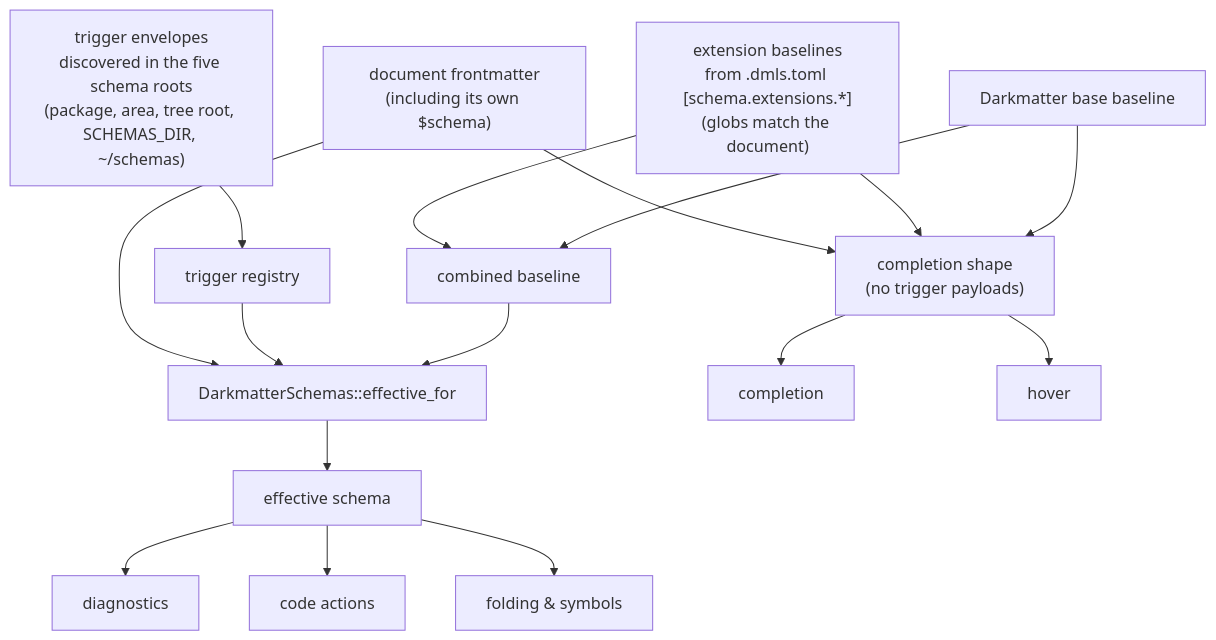
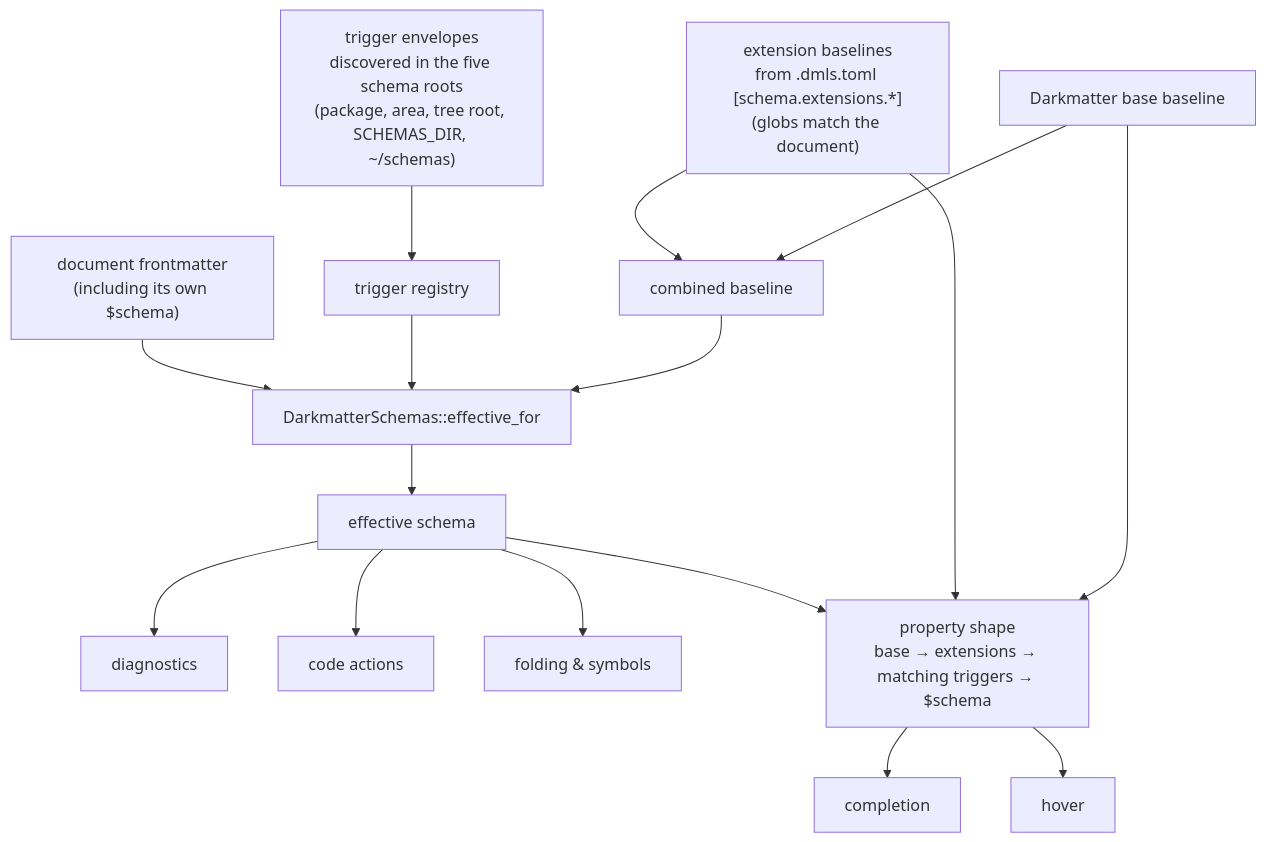
One commit to yankeeinlondon/rusty-biscuit changed the diagram in darkmatter/docs/topics/schemas/dmls-schema-support.md. Above: the diagram before and after it, drawn with Mermaid. The commit also changed other lines of this file and 14 other files, not shown here.

First line of the commit message:
fix(darkmatter): include trigger schemas in editor projections

````diff
--- a/darkmatter/docs/topics/schemas/dmls-schema-support.md
+++ b/darkmatter/docs/topics/schemas/dmls-schema-support.md
@@ -53,18 +53,18 @@
 ```mermaid
 flowchart TD
     BASE["Darkmatter base baseline"] --> MERGE["combined baseline"]
     EXT["extension baselines<br/>from .dmls.toml [schema.extensions.*]<br/>(globs match the document)"] --> MERGE
     TRIG["trigger envelopes<br/>discovered in the five schema roots<br/>(package, area, tree root, SCHEMAS_DIR, ~/schemas)"] --> REGISTRY["trigger registry"]
     MERGE --> ENGINE["DarkmatterSchemas::effective_for"]
     REGISTRY --> ENGINE
     DOC["document frontmatter<br/>(including its own $schema)"] --> ENGINE
     ENGINE --> EFFECTIVE["effective schema"]
     EFFECTIVE --> DIAG["diagnostics"]
     EFFECTIVE --> ACTION["code actions"]
     EFFECTIVE --> FOLD["folding & symbols"]
-    BASE --> SHAPE["completion shape<br/>(no trigger payloads)"]
+    BASE --> SHAPE["property shape<br/>base → extensions → matching triggers → $schema"]
     EXT --> SHAPE
-    DOC --> SHAPE
+    EFFECTIVE --> SHAPE
     SHAPE --> COMP["completion"]
     SHAPE --> HOV["hover"]
 ```
````
